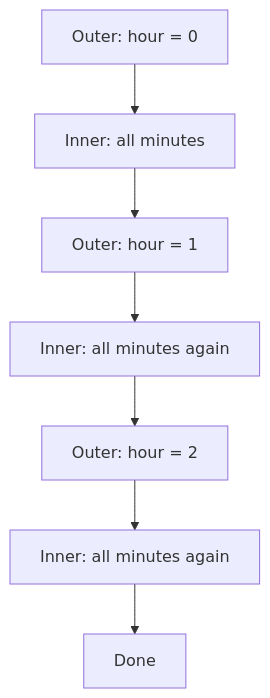
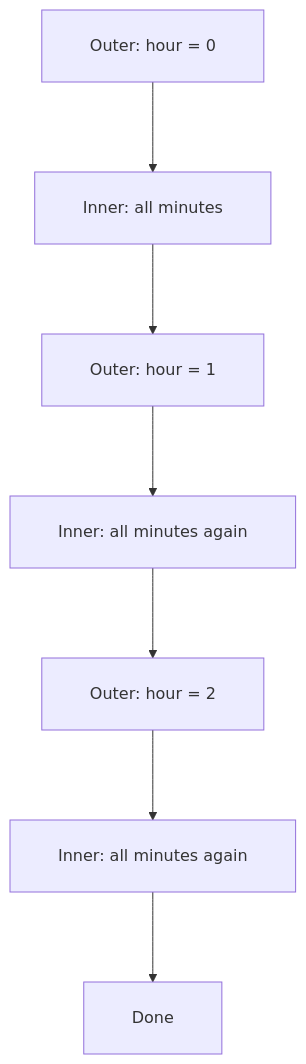
One commit to ABVenu/salcurriculum changed the fifth of 6 diagrams in SAL-2026/Python Basics - English/S04/NotesPresentation.md. Above: the diagram before and after it, drawn with Mermaid. The commit also changed other lines of this file and 820 other files, not shown here.

````diff
--- a/SAL-2026/Python Basics - English/S04/NotesPresentation.md
+++ b/SAL-2026/Python Basics - English/S04/NotesPresentation.md
@@ -256,9 +505,10 @@
 ```mermaid
+%%{init: {"flowchart": {"htmlLabels": false, "curve": "basis", "padding": 24, "nodeSpacing": 80, "rankSpacing": 90, "diagramPadding": 48}}}%%
 flowchart TB
-    O[Outer: hour = 0] --> I[Inner: all minutes]
-    I --> O2[Outer: hour = 1]
-    O2 --> I2[Inner: all minutes again]
-    I2 --> O3[Outer: hour = 2]
-    O3 --> I3[Inner: all minutes again]
-    I3 --> E[Done]
+    O["  Outer: hour = 0  "] --> I["  Inner: all minutes  "]
+    I --> O2["  Outer: hour = 1  "]
+    O2 --> I2["  Inner: all minutes again  "]
+    I2 --> O3["  Outer: hour = 2  "]
+    O3 --> I3["  Inner: all minutes again  "]
+    I3 --> E["  Done  "]
 ```
````
